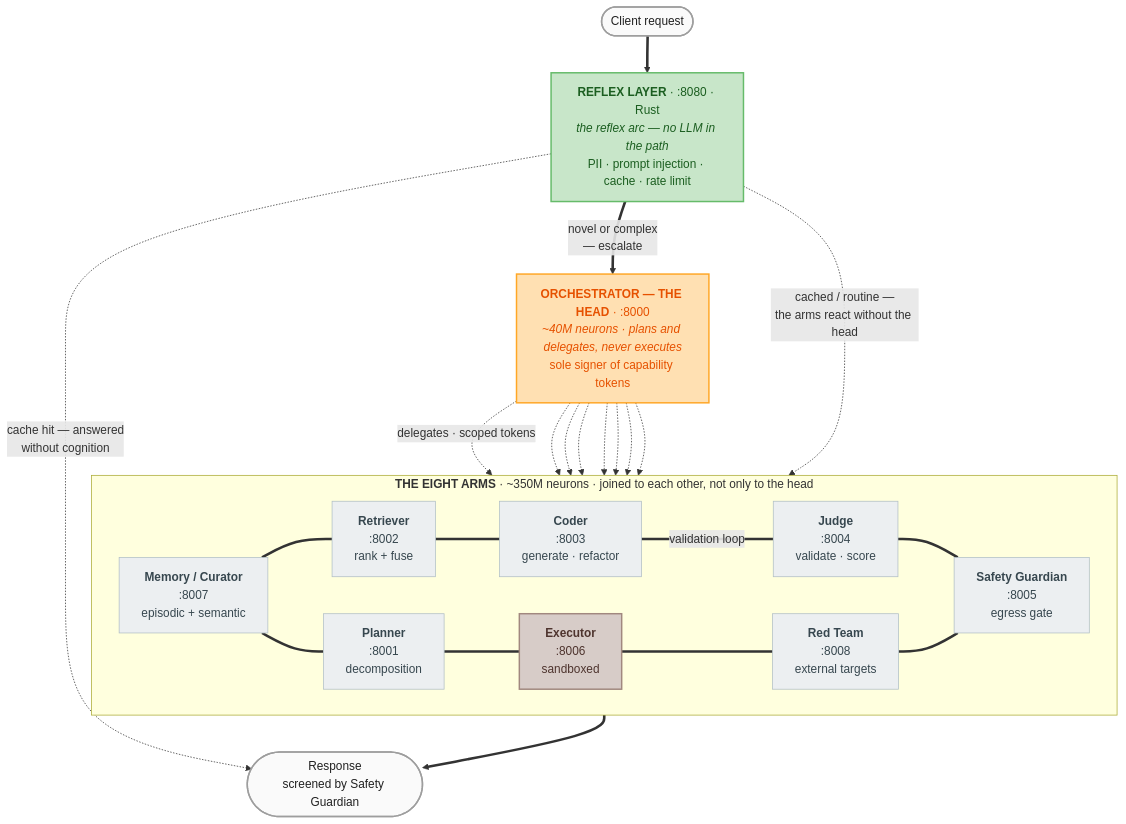
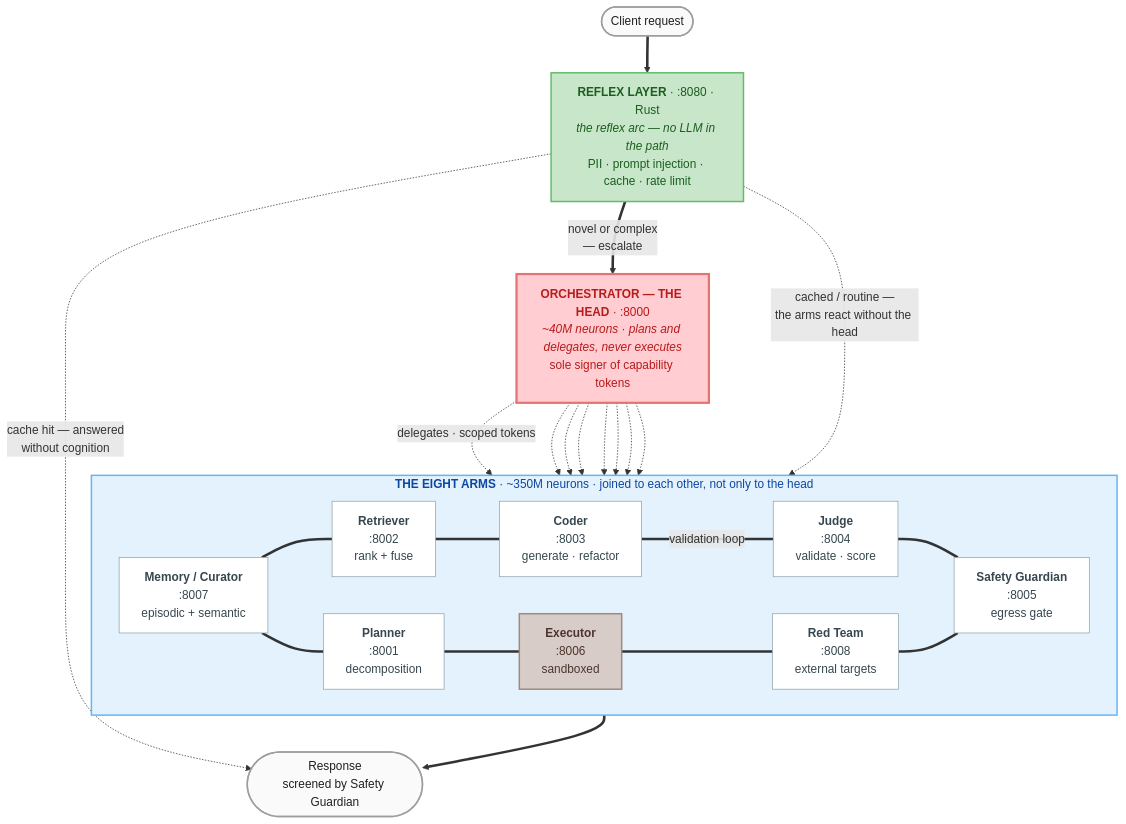
The diagram in README.md (doublegate/OctoLLM), drawn with Mermaid before and after one commit. The commit also changed other lines of this file, not shown here.

First line of the commit message:
docs: recolour the diagram -- red head, light blue arm field

````diff
--- a/README.md
+++ b/README.md
@@ -39,48 +39,50 @@
 ```mermaid
 graph TB
     REQ([Client request]) ==> REF
 
     REF["<b>REFLEX LAYER</b> · :8080 · Rust<br/><i>the reflex arc — no LLM in the path</i><br/>PII · prompt injection · cache · rate limit"]
 
     REF ==> |"novel or complex<br/>— escalate"| BRAIN
     REF -. "cached / routine —<br/>the arms react without the head" .-> RING
 
     BRAIN["<b>ORCHESTRATOR — THE HEAD</b> · :8000<br/><i>~40M neurons · plans and delegates, never executes</i><br/>sole signer of capability tokens"]
 
     BRAIN -. "delegates · scoped tokens" .-> MEM
     BRAIN -.-> RETR & CODE & JUDGE
     BRAIN -.-> PLAN & EXEC & RED & SAFE
 
     subgraph RING["<b>THE EIGHT ARMS</b> · ~350M neurons · joined to each other, not only to the head"]
         direction LR
         MEM["<b>Memory / Curator</b><br/>:8007<br/>episodic + semantic"]
         RETR["<b>Retriever</b><br/>:8002<br/>rank + fuse"]
         CODE["<b>Coder</b><br/>:8003<br/>generate · refactor"]
         JUDGE["<b>Judge</b><br/>:8004<br/>validate · score"]
         SAFE["<b>Safety Guardian</b><br/>:8005<br/>egress gate"]
         RED["<b>Red Team</b><br/>:8008<br/>external targets"]
         EXEC["<b>Executor</b><br/>:8006<br/>sandboxed"]
         PLAN["<b>Planner</b><br/>:8001<br/>decomposition"]
 
         MEM === PLAN === EXEC === RED
         MEM === RETR === CODE
         CODE == "validation loop" === JUDGE
         JUDGE === SAFE
         RED === SAFE
     end
 
     RING ==> RESP([Response<br/>screened by Safety Guardian])
     REF -. "cache hit — answered<br/>without cognition" .-> RESP
 
+    style RING fill:#e3f2fd,stroke:#64b5f6,stroke-width:2px,color:#0d47a1
+
     classDef live fill:#c8e6c9,stroke:#66bb6a,stroke-width:2px,color:#1b5e20
-    classDef partial fill:#ffe0b2,stroke:#ffa726,stroke-width:2px,color:#e65100
+    classDef head fill:#ffcdd2,stroke:#e57373,stroke-width:3px,color:#b71c1c
     classDef stub fill:#d7ccc8,stroke:#a1887f,stroke-width:2px,color:#4e342e
-    classDef todo fill:#eceff1,stroke:#b0bec5,stroke-width:1px,color:#37474f
+    classDef todo fill:#ffffff,stroke:#90a4ae,stroke-width:1px,color:#37474f
     classDef io fill:#fafafa,stroke:#9e9e9e,stroke-width:2px,color:#212121
 
     class REF live
-    class BRAIN partial
+    class BRAIN head
     class EXEC stub
     class MEM,PLAN,RETR,CODE,JUDGE,SAFE,RED todo
     class REQ,RESP io
 ```
````
